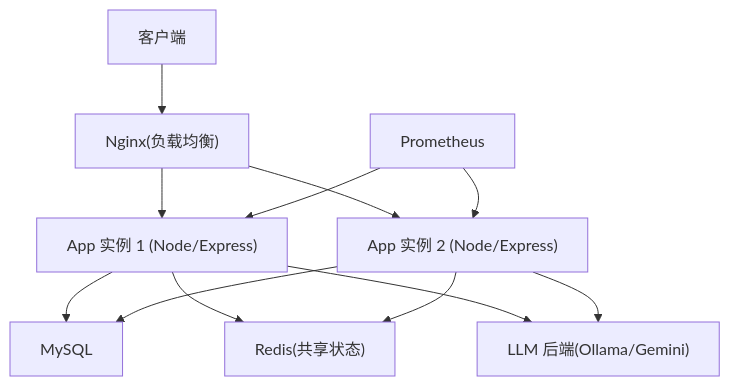
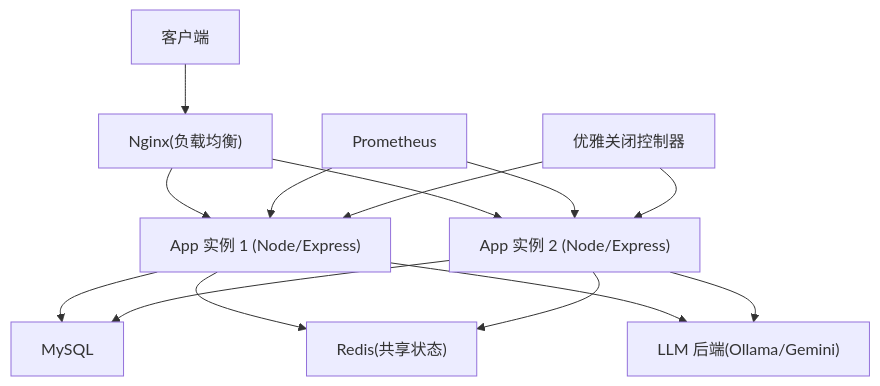
Before and after one commit to dgjin/smart-data-analytics: the first of 6 diagrams in .qoder/repowiki/zh/content/部署指南/生产环境配置/进程管理.md, drawn with Mermaid. The commit also changed other lines of this file and 100 other files, not shown here.

````diff
--- a/.qoder/repowiki/zh/content/部署指南/生产环境配置/进程管理.md
+++ b/.qoder/repowiki/zh/content/部署指南/生产环境配置/进程管理.md
@@ -39,14 +50,16 @@
 ```mermaid
 graph TB
 A["客户端"] --> B["Nginx(负载均衡)"]
 B --> C["App 实例 1 (Node/Express)"]
 B --> D["App 实例 2 (Node/Express)"]
 C --> E["MySQL"]
 D --> E
 C --> F["Redis(共享状态)"]
 D --> F
 C --> G["LLM 后端(Ollama/Gemini)"]
 D --> G
 H["Prometheus"] --> C
 H --> D
+I["优雅关闭控制器"] --> C
+I --> D
 ```
````
